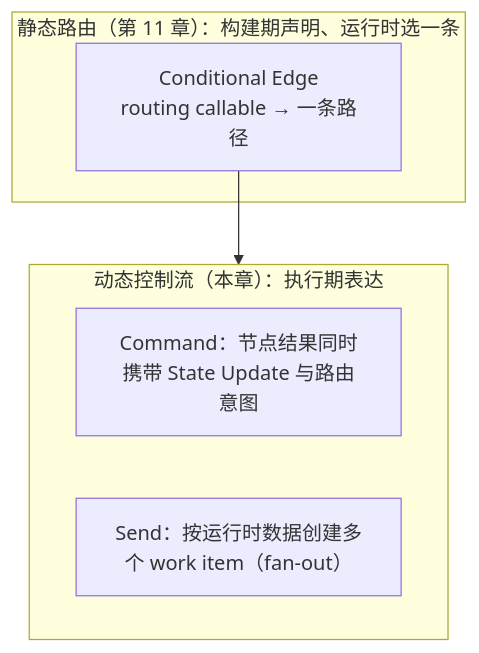
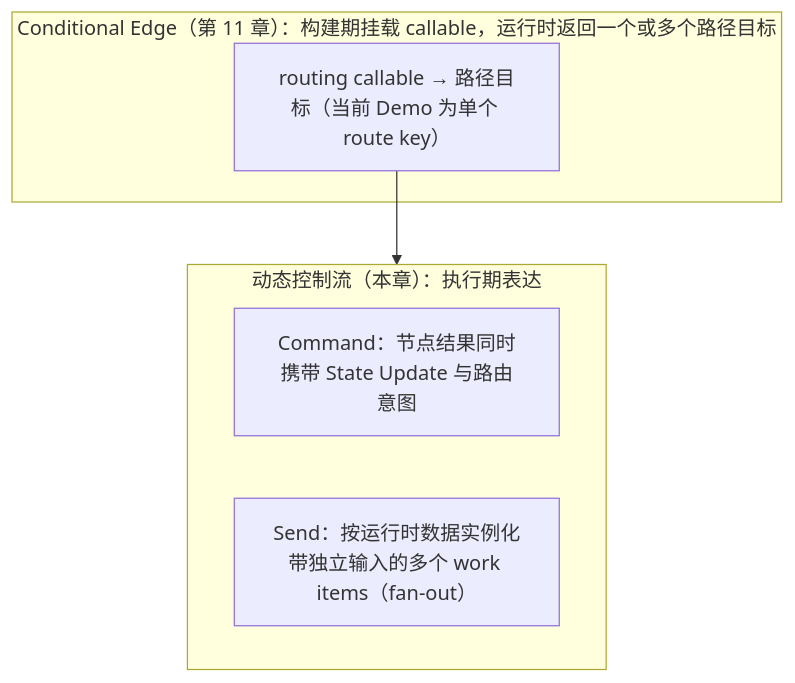
The first of 3 diagrams in docs/03-langgraph-core/ch13-command-send.md (AnRun-M/enterprise-ai-agent-handbook), drawn with Mermaid before and after one commit. The commit also changed other lines of this file and 2 other files, not shown here.

Commit message:
docs: refine command send and conditional routing boundaries

````diff
--- a/docs/03-langgraph-core/ch13-command-send.md
+++ b/docs/03-langgraph-core/ch13-command-send.md
@@ -21,11 +21,11 @@
 ```mermaid
 flowchart TD
-    subgraph STATIC["静态路由（第 11 章）：构建期声明、运行时选一条"]
-        CE["Conditional Edge\nrouting callable → 一条路径"]
+    subgraph STATIC["Conditional Edge（第 11 章）：构建期挂载 callable，运行时返回一个或多个路径目标"]
+        CE["routing callable → 路径目标（当前 Demo 为单个 route key）"]
     end
     subgraph DYN["动态控制流（本章）：执行期表达"]
         CMD["Command：节点结果同时携带 State Update 与路由意图"]
-        SND["Send：按运行时数据创建多个 work item（fan-out）"]
+        SND["Send：按运行时数据实例化带独立输入的多个 work items（fan-out）"]
     end
     CE --> DYN
 ```
````
